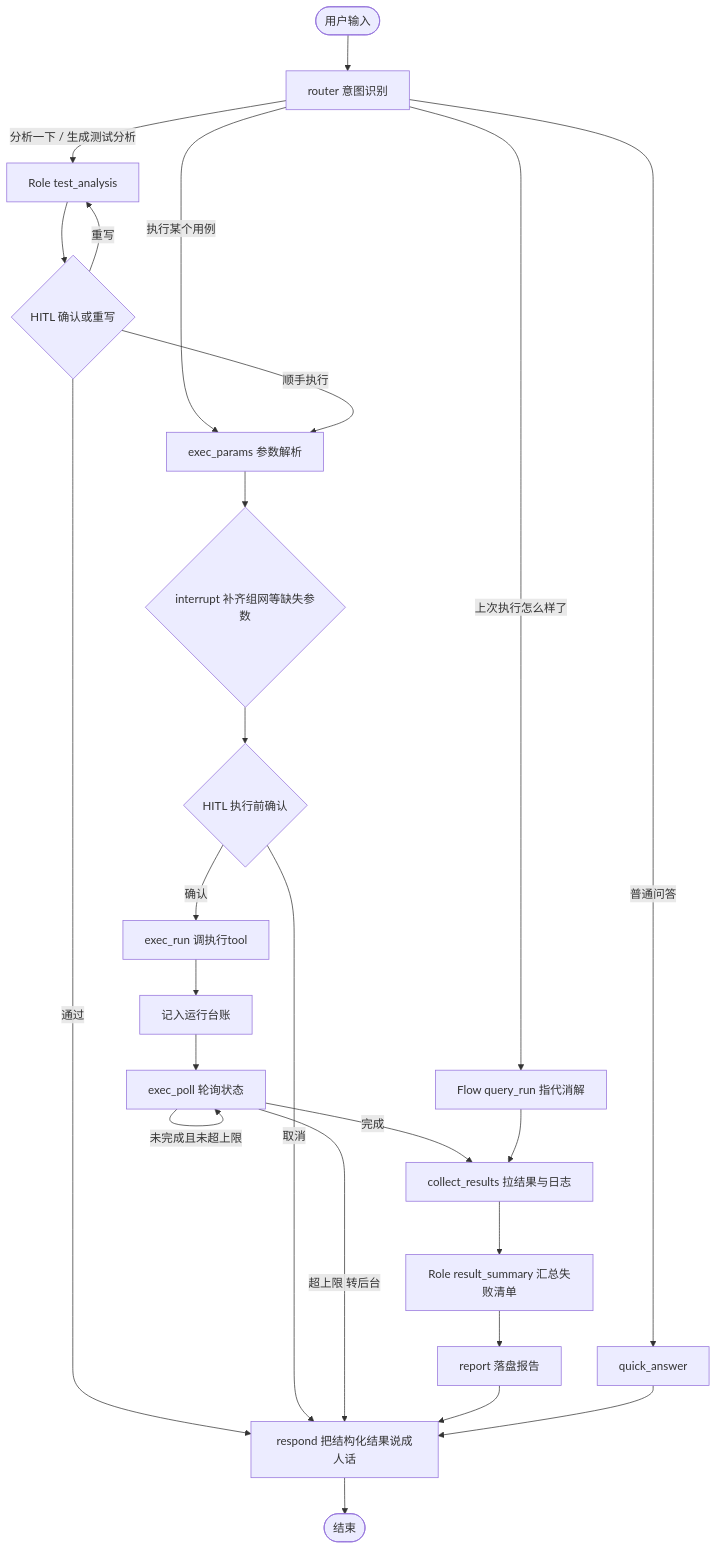
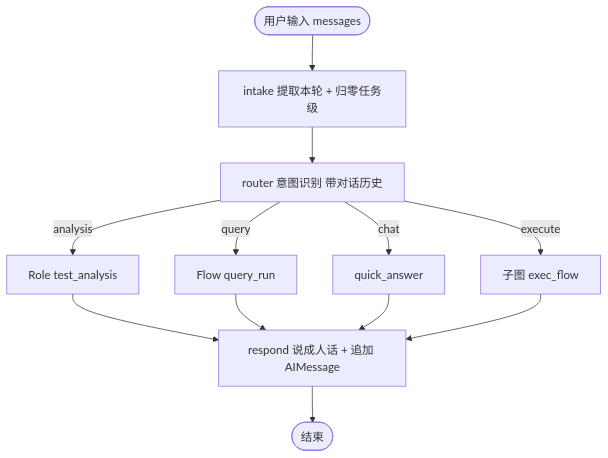
The second of 3 diagrams in docs/architecture.md (LuukkaToT/work_agent), drawn with Mermaid before and after one commit. The commit also changed other lines of this file, not shown here.

````diff
--- a/docs/architecture.md
+++ b/docs/architecture.md
@@ -107,31 +107,16 @@
 ```mermaid
 flowchart TD
-  Start(["用户输入"]) --> Router["router 意图识别"]
-  Router -->|"分析一下 / 生成测试分析"| Analysis["Role test_analysis"]
-  Router -->|"执行某个用例"| ExecParams["exec_params 参数解析"]
-  Router -->|"上次执行怎么样了"| QueryRun["Flow query_run 指代消解"]
-  Router -->|"普通问答"| QuickAnswer["quick_answer"]
+  Start(["用户输入 messages"]) --> Intake["intake 提取本轮 + 归零任务级"]
+  Intake --> Router["router 意图识别 带对话历史"]
+  Router -->|"analysis"| Analysis["Role test_analysis"]
+  Router -->|"execute"| ExecFlow["子图 exec_flow"]
+  Router -->|"query"| QueryRun["Flow query_run"]
+  Router -->|"chat"| QuickAnswer["quick_answer"]
 
-  Analysis --> ReviewAnalysis{"HITL 确认或重写"}
-  ReviewAnalysis -->|"重写"| Analysis
-  ReviewAnalysis -->|"通过"| Respond
-  ReviewAnalysis -->|"顺手执行"| ExecParams
+  Analysis --> Respond
+  QueryRun --> Respond
+  QuickAnswer --> Respond
+  ExecFlow --> Respond
 
-  ExecParams --> AskMissing{"interrupt 补齐组网等缺失参数"}
-  AskMissing --> ExecConfirm{"HITL 执行前确认"}
-  ExecConfirm -->|"取消"| Respond
-  ExecConfirm -->|"确认"| ExecRun["exec_run 调执行tool"]
-  ExecRun --> Ledger["记入运行台账"]
-  Ledger --> ExecPoll["exec_poll 轮询状态"]
-  ExecPoll -->|"未完成且未超上限"| ExecPoll
-  ExecPoll -->|"完成"| Collect["collect_results 拉结果与日志"]
-  ExecPoll -->|"超上限 转后台"| Respond
-  Collect --> Summary["Role result_summary 汇总失败清单"]
-  Summary --> Report["report 落盘报告"]
-  Report --> Respond
-
-  QueryRun --> Collect
-  QuickAnswer --> Respond
-
-  Respond["respond 把结构化结果说成人话"] --> Finish(["结束"])
+  Respond["respond 说成人话 + 追加 AIMessage"] --> Finish(["结束"])
 ```
````
